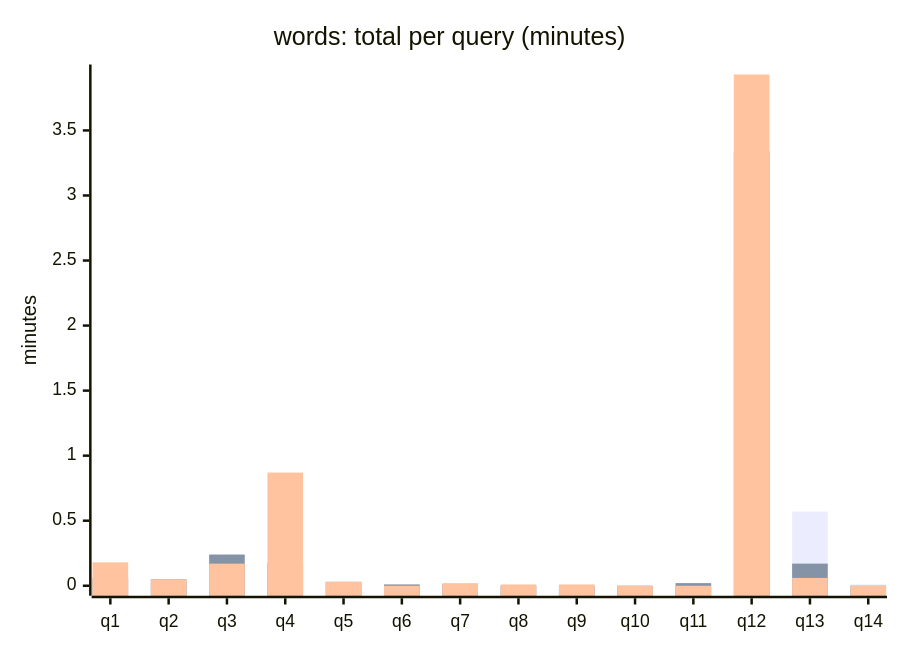
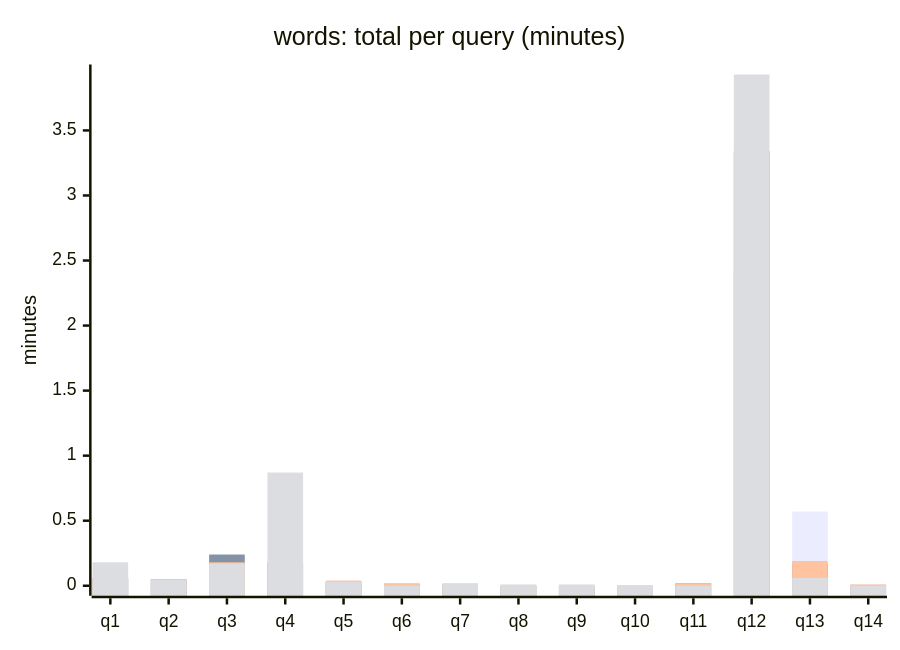
The eighth of 11 diagrams in FTS-SPECS-AND-COMPARISONS.md (KleiKodesh/SeforimLibrarySearchEngine), drawn with Mermaid before and after one commit. The commit also changed other lines of this file, not shown here.

````diff
--- a/FTS-SPECS-AND-COMPARISONS.md
+++ b/FTS-SPECS-AND-COMPARISONS.md
@@ -328,9 +390,10 @@
 ```mermaid
 xychart-beta
     title "words: total per query (minutes)"
     x-axis ["q1", "q2", "q3", "q4", "q5", "q6", "q7", "q8", "q9", "q10", "q11", "q12", "q13", "q14"]
     y-axis "minutes"
     bar [0.05, 0.03, 0.16, 0.15, 0.03, 0.01, 0.01, 0.00, 0.00, 0.00, 0.02, 2.43, 0.57, 0.01]
     bar [0.06, 0.05, 0.24, 0.18, 0.03, 0.01, 0.01, 0.00, 0.00, 0.00, 0.02, 3.34, 0.17, 0.00]
+    bar [0.05, 0.04, 0.18, 0.17, 0.04, 0.02, 0.01, 0.00, 0.00, 0.00, 0.02, 2.41, 0.19, 0.01]
     bar [0.18, 0.05, 0.17, 0.87, 0.03, 0.00, 0.02, 0.01, 0.01, 0.00, 0.00, 3.93, 0.06, 0.00]
 ```
````
